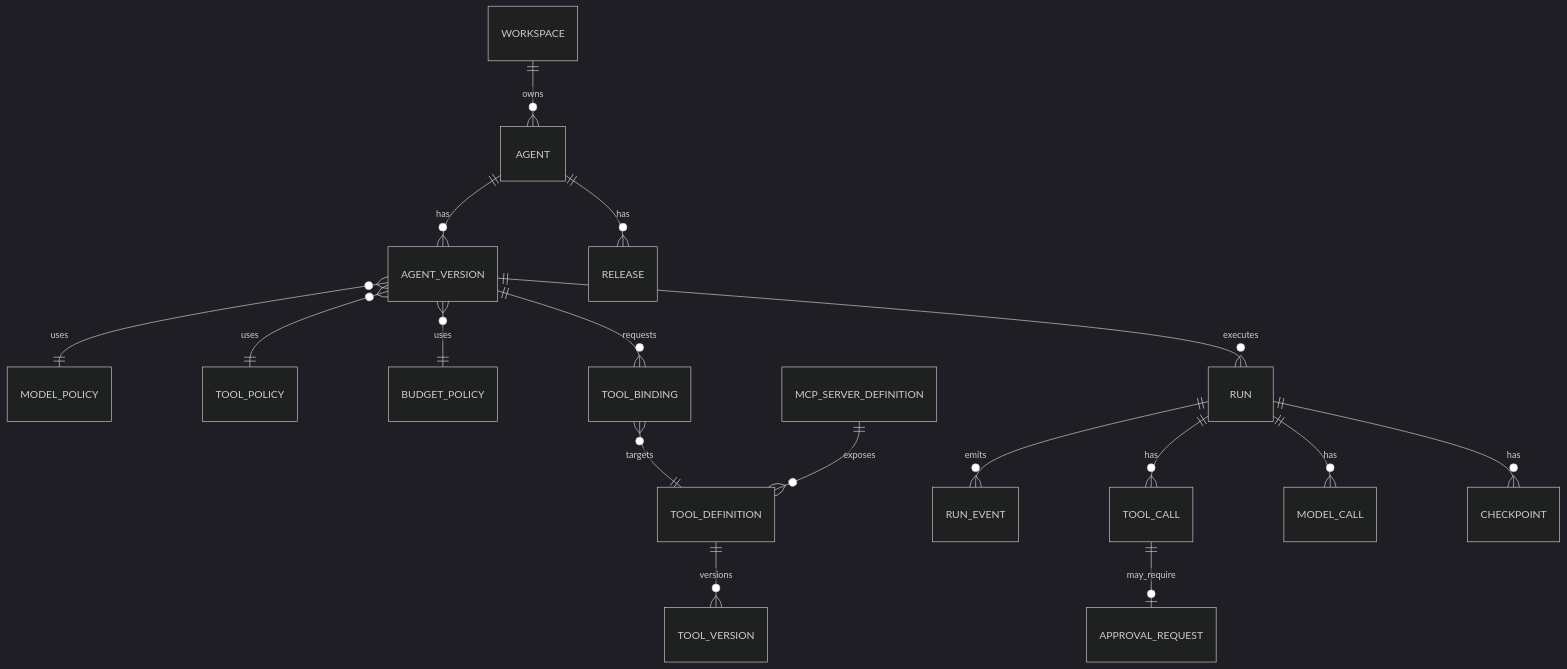
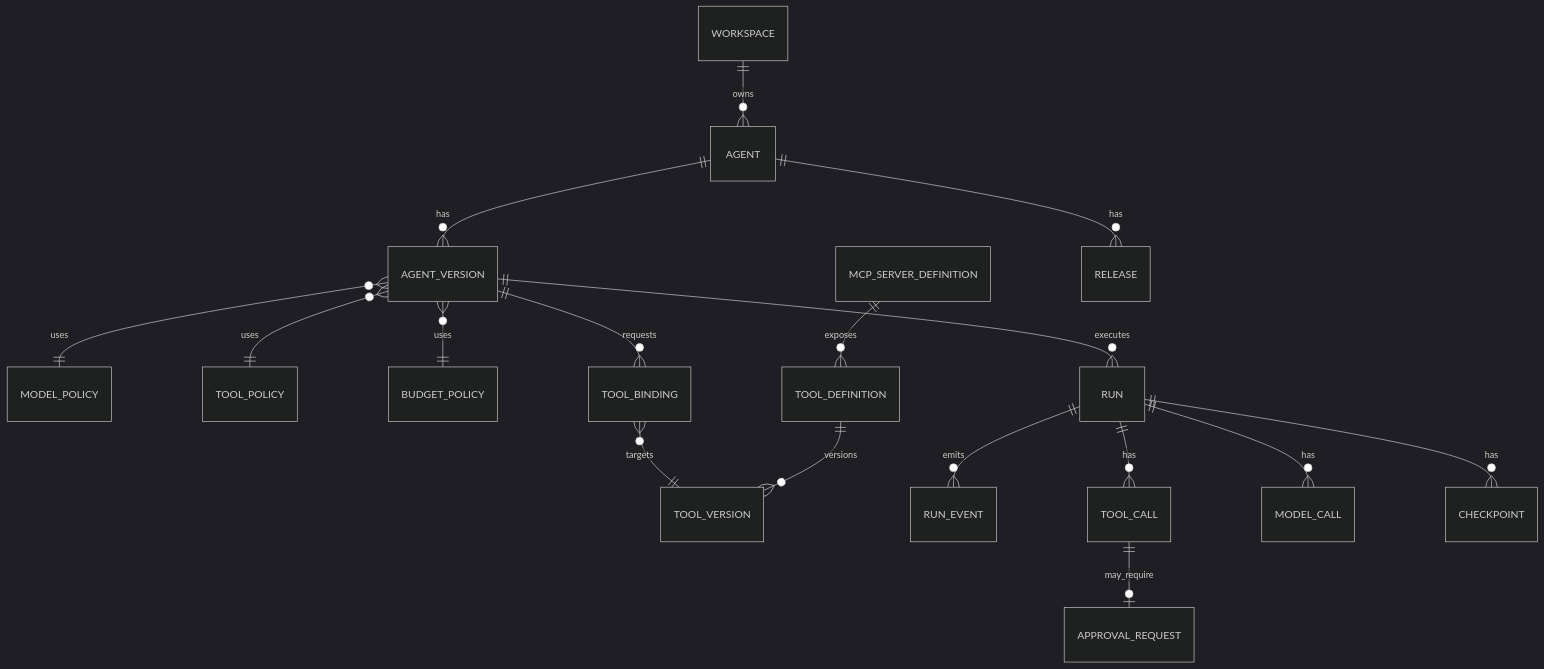
The diagram in docs/DATA_MODEL.md (M2tHane/GateForge), drawn with Mermaid (dark theme) before and after one commit. The commit also changed other lines of this file and 8 other files, not shown here.

First line of the commit message:
v1.1.1 tool version freeze: ToolBinding binds exact ToolVersion

````diff
--- a/docs/DATA_MODEL.md
+++ b/docs/DATA_MODEL.md
@@ -12,19 +12,19 @@
 ```mermaid
 erDiagram
   WORKSPACE ||--o{ AGENT : owns
   AGENT ||--o{ AGENT_VERSION : has
   AGENT_VERSION }o--|| MODEL_POLICY : uses
   AGENT_VERSION }o--|| TOOL_POLICY : uses
   AGENT_VERSION }o--|| BUDGET_POLICY : uses
   AGENT_VERSION ||--o{ TOOL_BINDING : requests
-  TOOL_BINDING }o--|| TOOL_DEFINITION : targets
+  TOOL_BINDING }o--|| TOOL_VERSION : targets
   TOOL_DEFINITION ||--o{ TOOL_VERSION : versions
   MCP_SERVER_DEFINITION ||--o{ TOOL_DEFINITION : exposes
   AGENT_VERSION ||--o{ RUN : executes
   RUN ||--o{ RUN_EVENT : emits
   RUN ||--o{ TOOL_CALL : has
   RUN ||--o{ MODEL_CALL : has
   TOOL_CALL ||--o| APPROVAL_REQUEST : may_require
   RUN ||--o{ CHECKPOINT : has
   AGENT ||--o{ RELEASE : has
 ```
````
